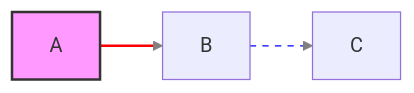
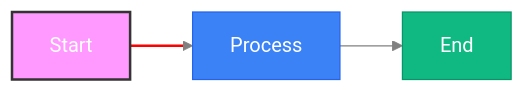
Before and after one commit to marcusquinn/aidevops: the eighth of 10 diagrams in .agents/tools/diagrams/mermaid-diagrams-skill/references/FLOWCHARTS.md, drawn with Mermaid. The commit also changed other lines of this file, not shown here.

First line of the commit message:
docs(simplification): tighten FLOWCHARTS.md reference doc

````diff
--- a/.agents/tools/diagrams/mermaid-diagrams-skill/references/FLOWCHARTS.md
+++ b/.agents/tools/diagrams/mermaid-diagrams-skill/references/FLOWCHARTS.md
@@ -165,8 +129,9 @@
 ```mermaid
 flowchart LR
-    A --> B --> C
+    A[Start]:::green --> B[Process]:::blue --> C[End]:::green
+    classDef green fill:#10b981,stroke:#059669,color:white
+    classDef blue fill:#3b82f6,stroke:#2563eb,color:white
     style A fill:#f9f,stroke:#333,stroke-width:2px
     linkStyle 0 stroke:red,stroke-width:2px
-    linkStyle 1 stroke:blue,stroke-dasharray:5
     linkStyle default stroke:gray,stroke-width:1px
 ```
````
